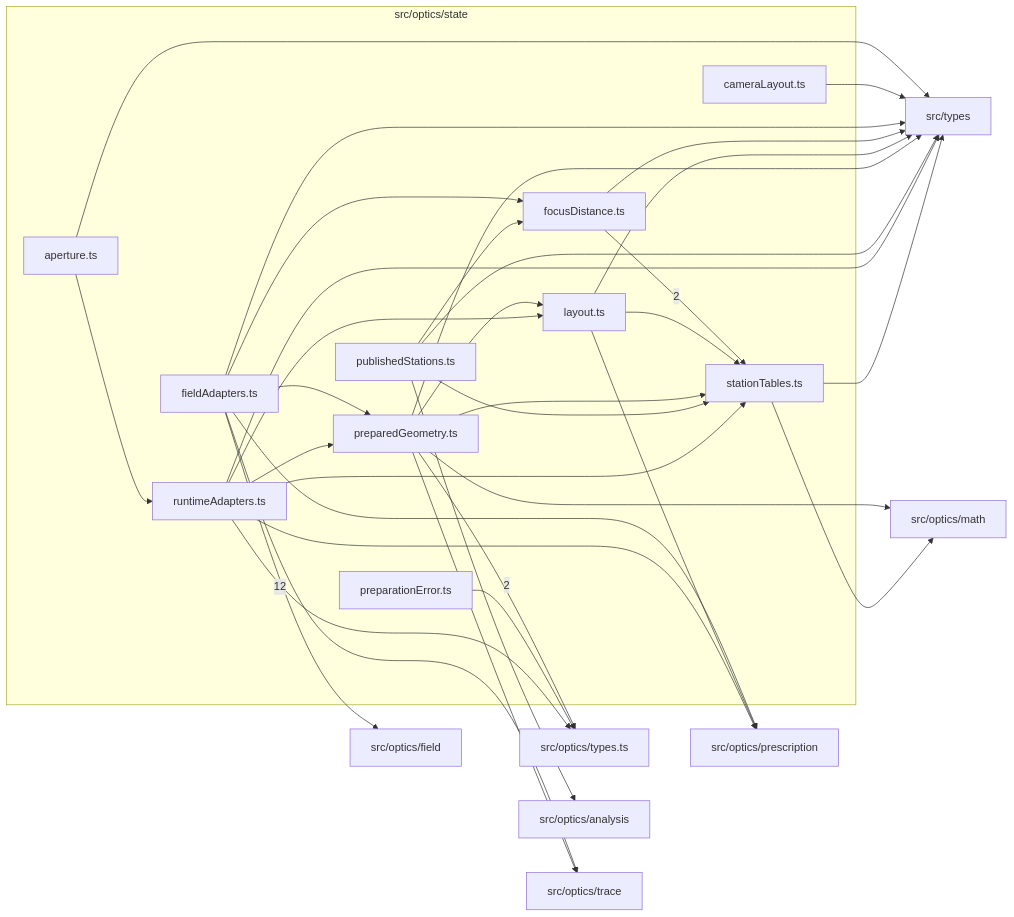
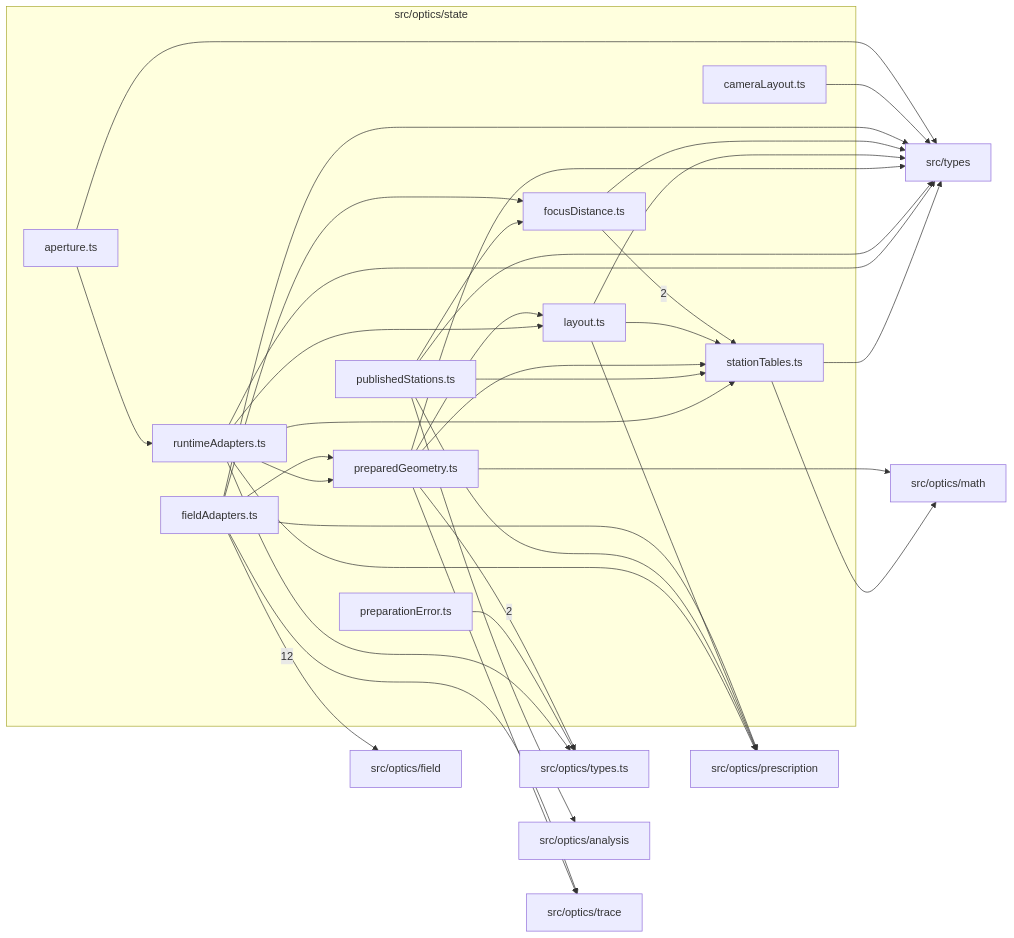
Before and after one commit to ronbuening/LensVisualizer: the diagram in src/optics/state/readme.md, drawn with Mermaid. The commit also changed other lines of this file and 162 other files, not shown here.

````diff
--- a/src/optics/state/readme.md
+++ b/src/optics/state/readme.md
@@ -9,55 +9,56 @@
 ```mermaid
 flowchart LR
   subgraph n_src_optics_state["src/optics/state"]
     n_src_optics_state_src_optics_state_aperture_ts["aperture.ts"]
     n_src_optics_state_src_optics_state_cameraLayout_ts["cameraLayout.ts"]
     n_src_optics_state_src_optics_state_fieldAdapters_ts["fieldAdapters.ts"]
     n_src_optics_state_src_optics_state_focusDistance_ts["focusDistance.ts"]
     n_src_optics_state_src_optics_state_layout_ts["layout.ts"]
     n_src_optics_state_src_optics_state_preparationError_ts["preparationError.ts"]
     n_src_optics_state_src_optics_state_preparedGeometry_ts["preparedGeometry.ts"]
     n_src_optics_state_src_optics_state_publishedStations_ts["publishedStations.ts"]
     n_src_optics_state_src_optics_state_runtimeAdapters_ts["runtimeAdapters.ts"]
     n_src_optics_state_src_optics_state_stationTables_ts["stationTables.ts"]
   end
   n_external_src_optics_field["src/optics/field"]
   n_external_src_optics_types_ts["src/optics/types.ts"]
   n_external_src_optics_analysis["src/optics/analysis"]
   n_external_src_optics_math["src/optics/math"]
   n_external_src_optics_prescription["src/optics/prescription"]
   n_external_src_optics_trace["src/optics/trace"]
   n_external_src_types["src/types"]
   n_src_optics_state_src_optics_state_fieldAdapters_ts --> |12| n_external_src_optics_field
   n_src_optics_state_src_optics_state_preparedGeometry_ts --> |2| n_external_src_optics_types_ts
   n_src_optics_state_src_optics_state_focusDistance_ts --> |2| n_src_optics_state_src_optics_state_stationTables_ts
   n_src_optics_state_src_optics_state_publishedStations_ts --> n_external_src_optics_analysis
   n_src_optics_state_src_optics_state_preparedGeometry_ts --> n_external_src_optics_math
   n_src_optics_state_src_optics_state_stationTables_ts --> n_external_src_optics_math
   n_src_optics_state_src_optics_state_fieldAdapters_ts --> n_external_src_optics_prescription
   n_src_optics_state_src_optics_state_layout_ts --> n_external_src_optics_prescription
+  n_src_optics_state_src_optics_state_publishedStations_ts --> n_external_src_optics_prescription
   n_src_optics_state_src_optics_state_runtimeAdapters_ts --> n_external_src_optics_prescription
   n_src_optics_state_src_optics_state_fieldAdapters_ts --> n_external_src_optics_trace
   n_src_optics_state_src_optics_state_preparedGeometry_ts --> n_external_src_optics_trace
   n_src_optics_state_src_optics_state_preparationError_ts --> n_external_src_optics_types_ts
   n_src_optics_state_src_optics_state_runtimeAdapters_ts --> n_external_src_optics_types_ts
   n_src_optics_state_src_optics_state_aperture_ts --> n_external_src_types
   n_src_optics_state_src_optics_state_cameraLayout_ts --> n_external_src_types
   n_src_optics_state_src_optics_state_fieldAdapters_ts --> n_external_src_types
   n_src_optics_state_src_optics_state_focusDistance_ts --> n_external_src_types
   n_src_optics_state_src_optics_state_layout_ts --> n_external_src_types
   n_src_optics_state_src_optics_state_preparedGeometry_ts --> n_external_src_types
   n_src_optics_state_src_optics_state_publishedStations_ts --> n_external_src_types
   n_src_optics_state_src_optics_state_runtimeAdapters_ts --> n_external_src_types
   n_src_optics_state_src_optics_state_stationTables_ts --> n_external_src_types
   n_src_optics_state_src_optics_state_fieldAdapters_ts --> n_src_optics_state_src_optics_state_focusDistance_ts
   n_src_optics_state_src_optics_state_publishedStations_ts --> n_src_optics_state_src_optics_state_focusDistance_ts
   n_src_optics_state_src_optics_state_preparedGeometry_ts --> n_src_optics_state_src_optics_state_layout_ts
   n_src_optics_state_src_optics_state_runtimeAdapters_ts --> n_src_optics_state_src_optics_state_layout_ts
   n_src_optics_state_src_optics_state_fieldAdapters_ts --> n_src_optics_state_src_optics_state_preparedGeometry_ts
   n_src_optics_state_src_optics_state_runtimeAdapters_ts --> n_src_optics_state_src_optics_state_preparedGeometry_ts
   n_src_optics_state_src_optics_state_aperture_ts --> n_src_optics_state_src_optics_state_runtimeAdapters_ts
   n_src_optics_state_src_optics_state_layout_ts --> n_src_optics_state_src_optics_state_stationTables_ts
   n_src_optics_state_src_optics_state_preparedGeometry_ts --> n_src_optics_state_src_optics_state_stationTables_ts
   n_src_optics_state_src_optics_state_publishedStations_ts --> n_src_optics_state_src_optics_state_stationTables_ts
   n_src_optics_state_src_optics_state_runtimeAdapters_ts --> n_src_optics_state_src_optics_state_stationTables_ts
 ```
````
